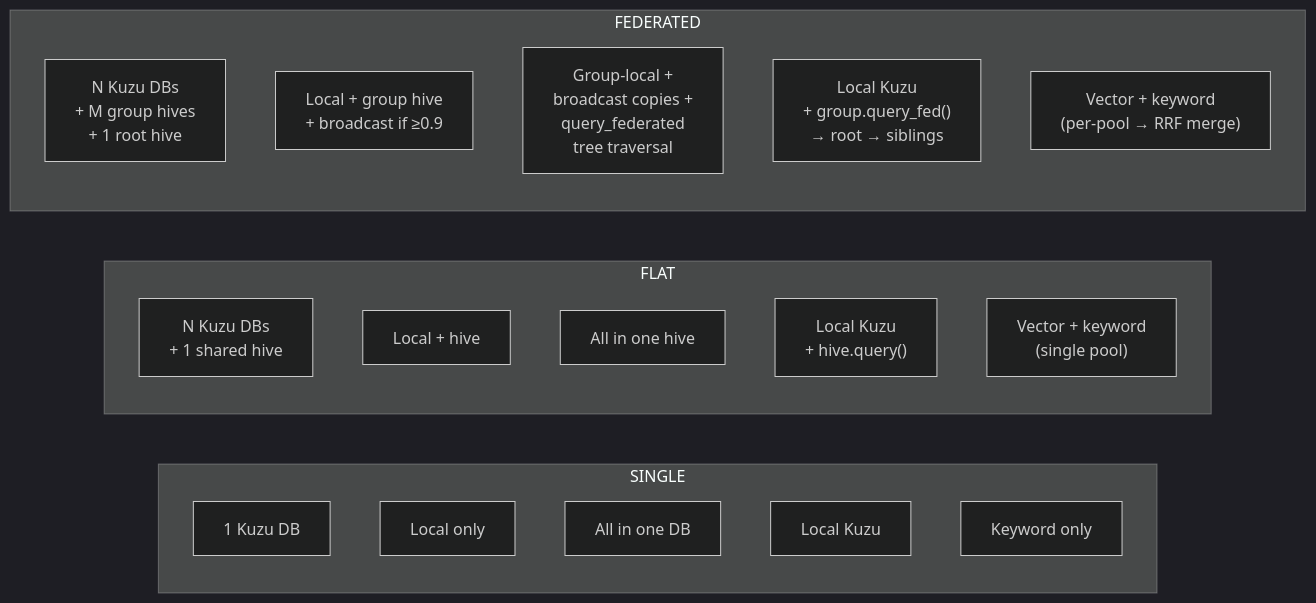
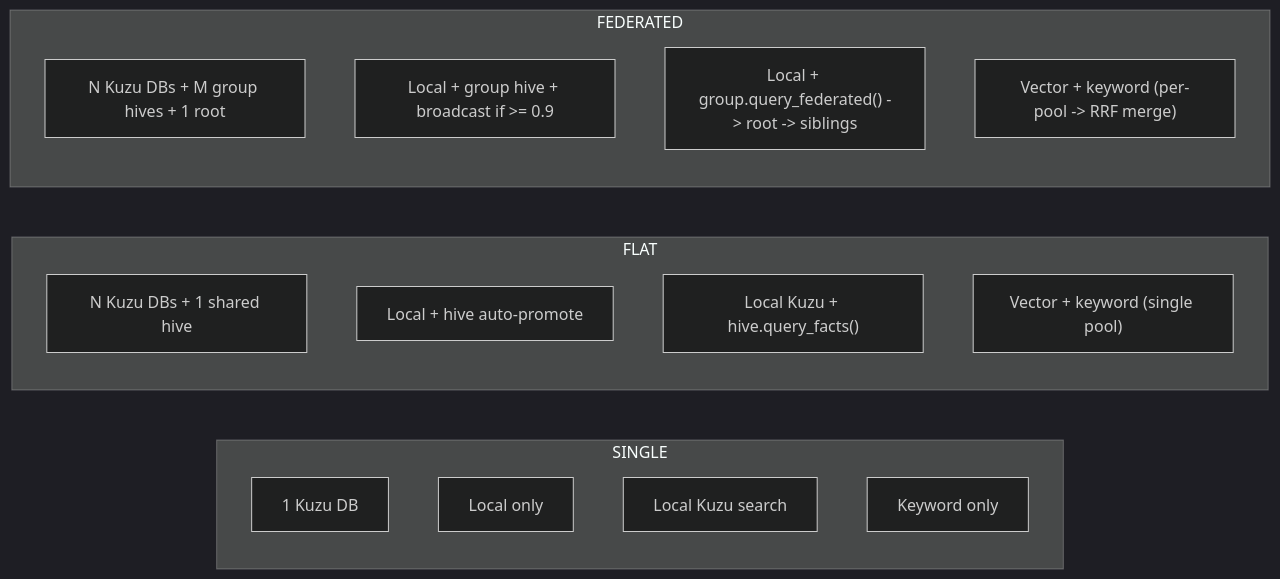
One commit to rysweet/amplihack changed diagram 13 of 13 in docs/hive_mind/ARCHITECTURE.md. Above: the diagram before and after it, drawn with Mermaid (dark theme). The commit also changed other lines of this file and 2 other files, not shown here.

First line of the commit message:
docs: add getting-started guide and update hive mind docs

````diff
--- a/docs/hive_mind/ARCHITECTURE.md
+++ b/docs/hive_mind/ARCHITECTURE.md
@@ -263,26 +344,23 @@
 ```mermaid
 graph LR
     subgraph SINGLE
-        S_Store[1 Kuzu DB]
-        S_Promo[Local only]
-        S_Vis[All in one DB]
-        S_Query[Local Kuzu]
-        S_Ret[Keyword only]
+        S_Store["1 Kuzu DB"]
+        S_Promo["Local only"]
+        S_Query["Local Kuzu search"]
+        S_Ret["Keyword only"]
     end
 
     subgraph FLAT
-        F_Store["N Kuzu DBs<br/>+ 1 shared hive"]
-        F_Promo[Local + hive]
-        F_Vis[All in one hive]
-        F_Query["Local Kuzu<br/>+ hive.query()"]
-        F_Ret["Vector + keyword<br/>(single pool)"]
+        F_Store["N Kuzu DBs + 1 shared hive"]
+        F_Promo["Local + hive auto-promote"]
+        F_Query["Local Kuzu + hive.query_facts()"]
+        F_Ret["Vector + keyword (single pool)"]
     end
 
     subgraph FEDERATED
-        Fed_Store["N Kuzu DBs<br/>+ M group hives<br/>+ 1 root hive"]
-        Fed_Promo["Local + group hive<br/>+ broadcast if ≥0.9"]
-        Fed_Vis["Group-local +<br/>broadcast copies +<br/>query_federated<br/>tree traversal"]
-        Fed_Query["Local Kuzu<br/>+ group.query_fed()<br/>→ root → siblings"]
-        Fed_Ret["Vector + keyword<br/>(per-pool → RRF merge)"]
+        Fed_Store["N Kuzu DBs + M group hives + 1 root"]
+        Fed_Promo["Local + group hive + broadcast if >= 0.9"]
+        Fed_Query["Local + group.query_federated() -> root -> siblings"]
+        Fed_Ret["Vector + keyword (per-pool -> RRF merge)"]
     end
 ```
````
